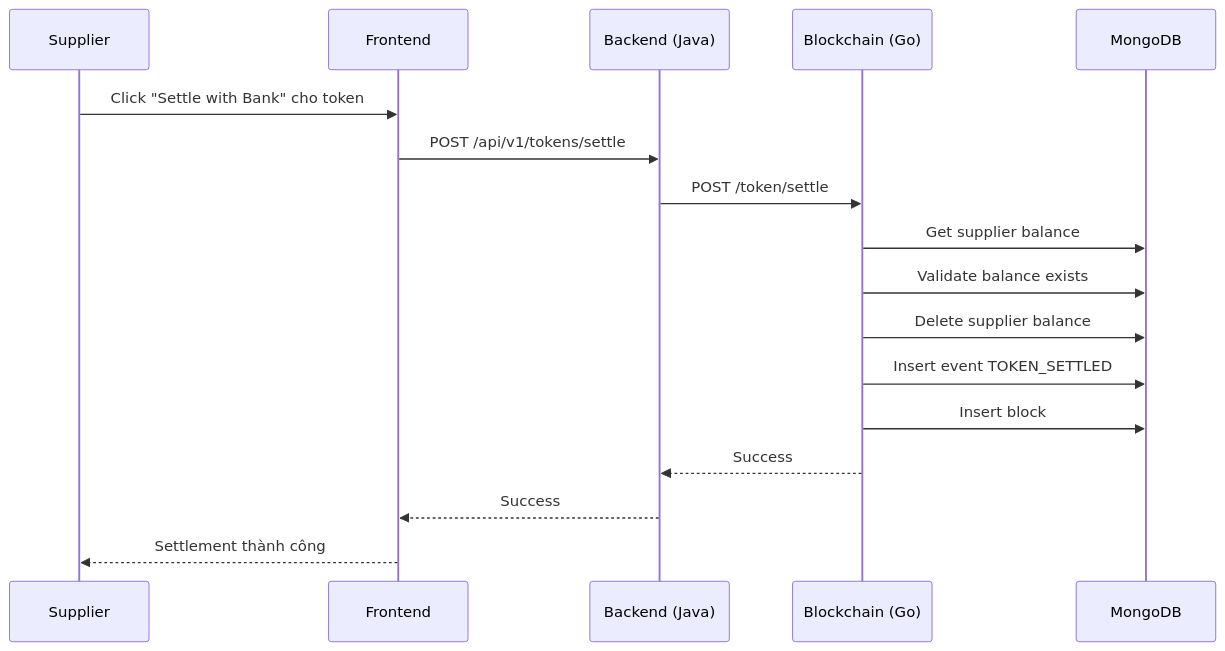
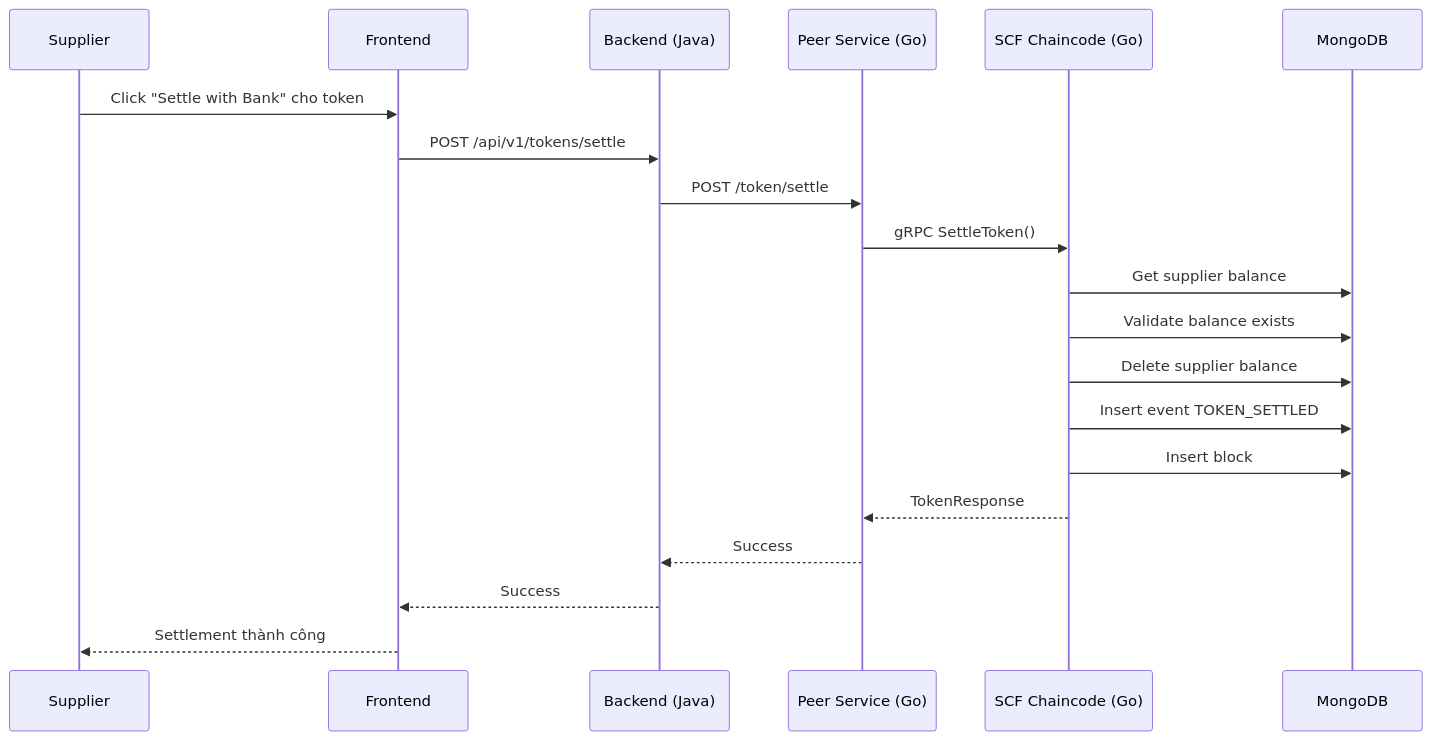
The sixth of 11 diagrams in System_Design_Document.md (trunghc97/blockchain), drawn with Mermaid before and after one commit. The commit also changed other lines of this file and 76 other files, not shown here.

````diff
--- a/System_Design_Document.md
+++ b/System_Design_Document.md
@@ -693,20 +731,23 @@
 ```mermaid
 sequenceDiagram
     participant S as Supplier
     participant FE as Frontend
     participant BE as Backend (Java)
-    participant BC as Blockchain (Go)
+    participant PEER as Peer Service (Go)
+    participant CHAIN as SCF Chaincode (Go)
     participant DB as MongoDB
 
     S->>FE: Click "Settle with Bank" cho token
     FE->>BE: POST /api/v1/tokens/settle
-    BE->>BC: POST /token/settle
-    BC->>DB: Get supplier balance
-    BC->>DB: Validate balance exists
-    BC->>DB: Delete supplier balance
-    BC->>DB: Insert event TOKEN_SETTLED
-    BC->>DB: Insert block
-    BC-->>BE: Success
+    BE->>PEER: POST /token/settle
+    PEER->>CHAIN: gRPC SettleToken()
+    CHAIN->>DB: Get supplier balance
+    CHAIN->>DB: Validate balance exists
+    CHAIN->>DB: Delete supplier balance
+    CHAIN->>DB: Insert event TOKEN_SETTLED
+    CHAIN->>DB: Insert block
+    CHAIN-->>PEER: TokenResponse
+    PEER-->>BE: Success
     BE-->>FE: Success
     FE-->>S: Settlement thành công
 ```
````
